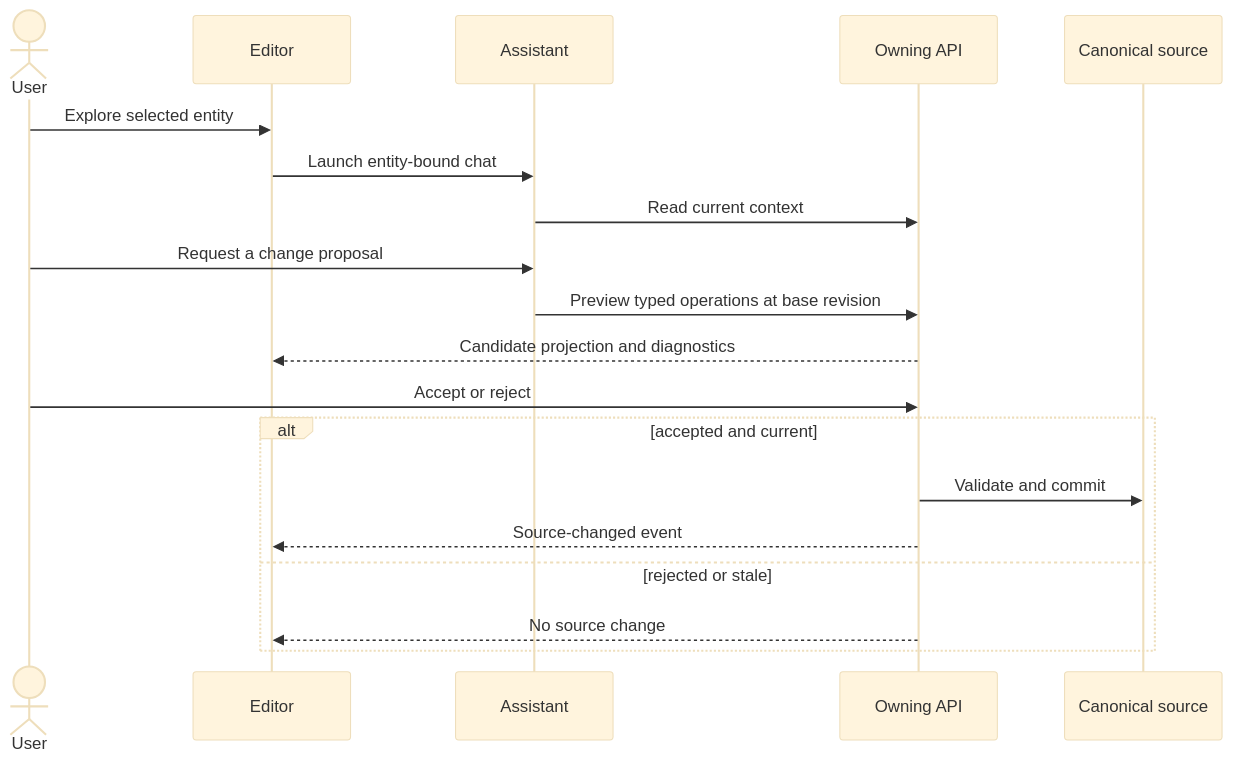
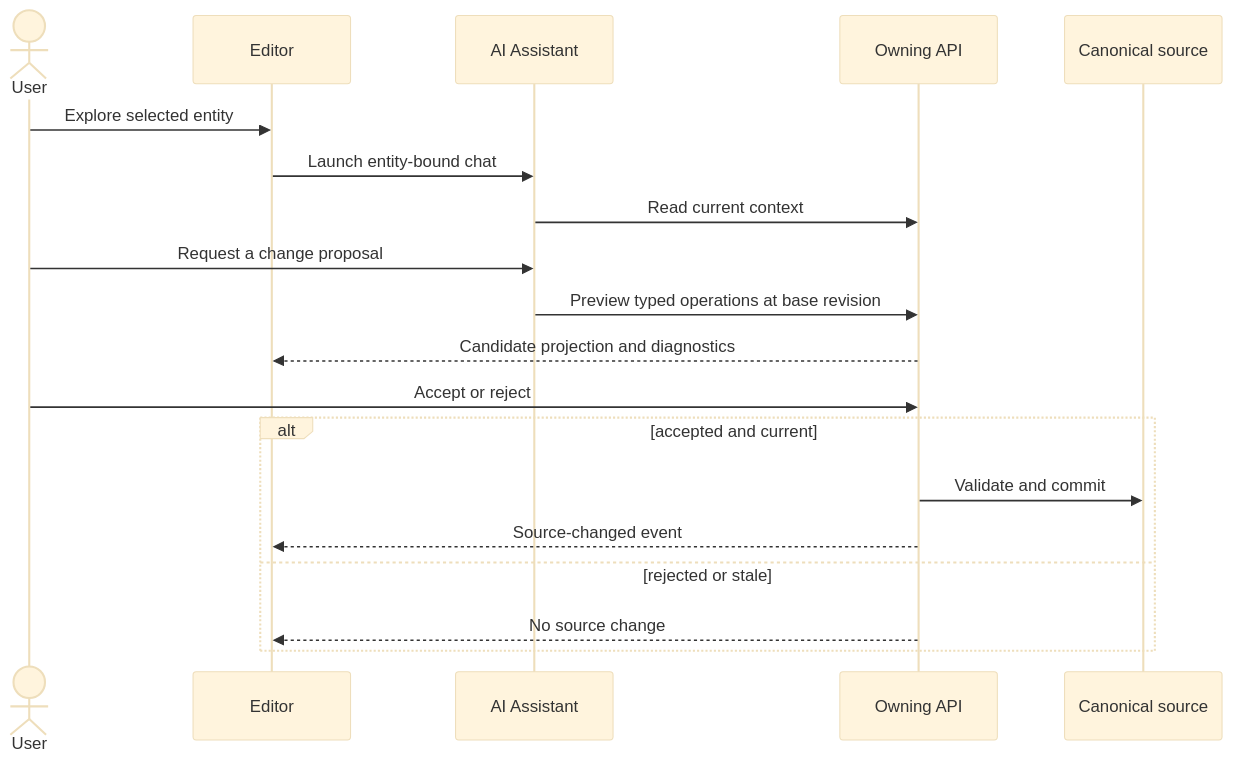
One commit to ankdesh/spec2gds changed the fourth of 5 diagrams in docs/flows.md. Above: the diagram before and after it, drawn with Mermaid (base theme). The commit also changed other lines of this file and 104 other files, not shown here.

````diff
--- a/docs/flows.md
+++ b/docs/flows.md
@@ -118,22 +120,22 @@
 ```mermaid
 sequenceDiagram
     actor User
     participant Editor
-    participant Assistant
+    participant Assistant as AI Assistant
     participant API as Owning API
     participant Source as Canonical source
 
     User->>Editor: Explore selected entity
     Editor->>Assistant: Launch entity-bound chat
     Assistant->>API: Read current context
     User->>Assistant: Request a change proposal
     Assistant->>API: Preview typed operations at base revision
     API-->>Editor: Candidate projection and diagnostics
     User->>API: Accept or reject
     alt accepted and current
         API->>Source: Validate and commit
         API-->>Editor: Source-changed event
     else rejected or stale
         API-->>Editor: No source change
     end
 ```
````
